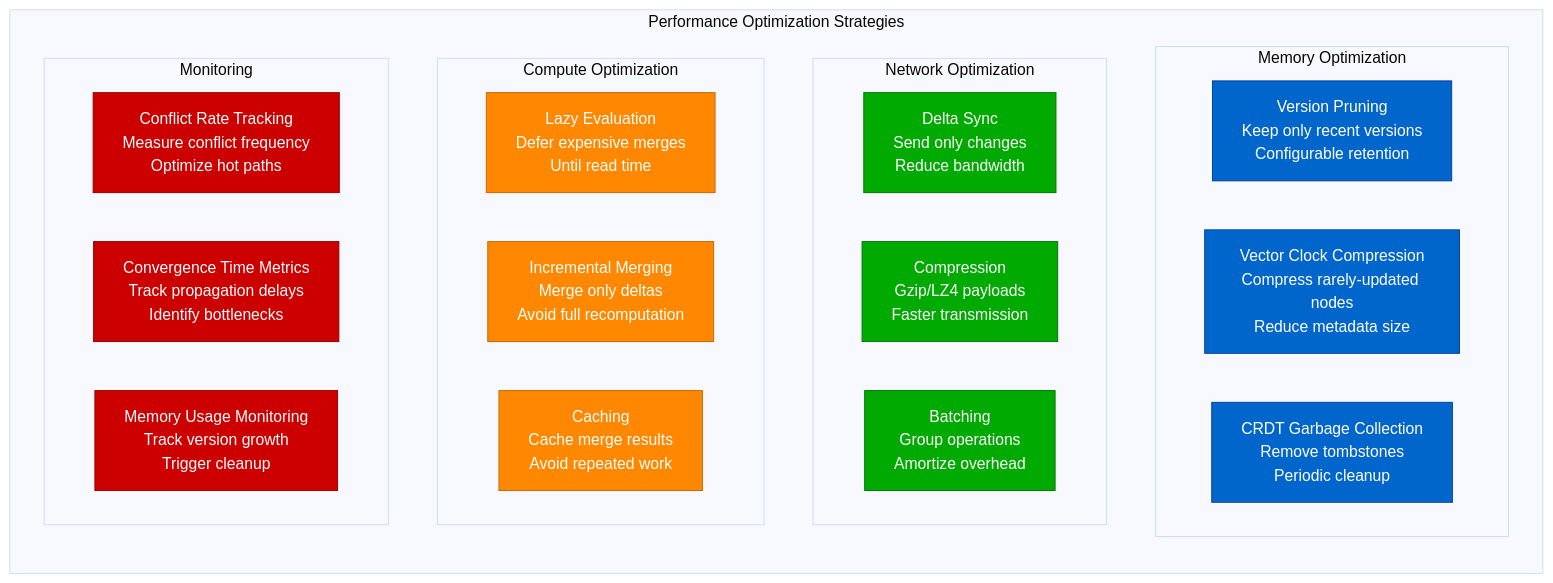
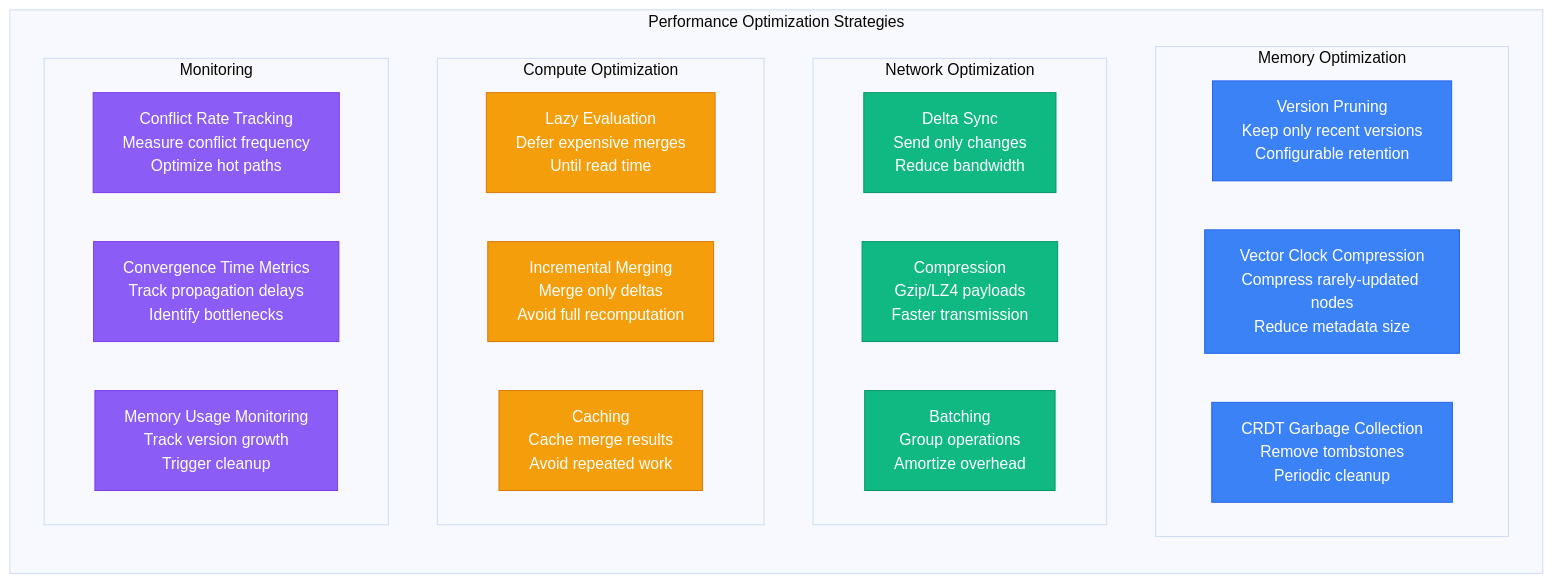
Before and after one commit to deepaucksharma/DS: the tenth of 10 diagrams in site/docs/guarantees/eventual-consistency/eventual-consistency-implementation.md, drawn with Mermaid (base theme). The commit also changed other lines of this file and 303 other files, not shown here.

````diff
--- a/site/docs/guarantees/eventual-consistency/eventual-consistency-implementation.md
+++ b/site/docs/guarantees/eventual-consistency/eventual-consistency-implementation.md
@@ -531,38 +531,38 @@
 ```mermaid
 graph LR
     subgraph OptimizationStrategies[Performance Optimization Strategies]
         subgraph MemoryOptimization[Memory Optimization]
             MO1[Version Pruning<br/>Keep only recent versions<br/>Configurable retention]
             MO2[Vector Clock Compression<br/>Compress rarely-updated nodes<br/>Reduce metadata size]
             MO3[CRDT Garbage Collection<br/>Remove tombstones<br/>Periodic cleanup]
         end
 
         subgraph NetworkOptimization[Network Optimization]
             NO1[Delta Sync<br/>Send only changes<br/>Reduce bandwidth]
             NO2[Compression<br/>Gzip/LZ4 payloads<br/>Faster transmission]
             NO3[Batching<br/>Group operations<br/>Amortize overhead]
         end
 
         subgraph ComputeOptimization[Compute Optimization]
             CO1[Lazy Evaluation<br/>Defer expensive merges<br/>Until read time]
             CO2[Incremental Merging<br/>Merge only deltas<br/>Avoid full recomputation]
             CO3[Caching<br/>Cache merge results<br/>Avoid repeated work]
         end
 
         subgraph MonitoringOptimization[Monitoring]
             MnO1[Conflict Rate Tracking<br/>Measure conflict frequency<br/>Optimize hot paths]
             MnO2[Convergence Time Metrics<br/>Track propagation delays<br/>Identify bottlenecks]
             MnO3[Memory Usage Monitoring<br/>Track version growth<br/>Trigger cleanup]
         end
     end
 
-    classDef memoryStyle fill:#0066CC,stroke:#004499,color:#fff
-    classDef networkStyle fill:#00AA00,stroke:#007700,color:#fff
-    classDef computeStyle fill:#FF8800,stroke:#CC6600,color:#fff
-    classDef monitorStyle fill:#CC0000,stroke:#990000,color:#fff
+    classDef memoryStyle fill:#3B82F6,stroke:#2563EB,color:#fff
+    classDef networkStyle fill:#10B981,stroke:#059669,color:#fff
+    classDef computeStyle fill:#F59E0B,stroke:#D97706,color:#fff
+    classDef monitorStyle fill:#8B5CF6,stroke:#7C3AED,color:#fff
 
     class MO1,MO2,MO3 memoryStyle
     class NO1,NO2,NO3 networkStyle
     class CO1,CO2,CO3 computeStyle
     class MnO1,MnO2,MnO3 monitorStyle
 ```
````
